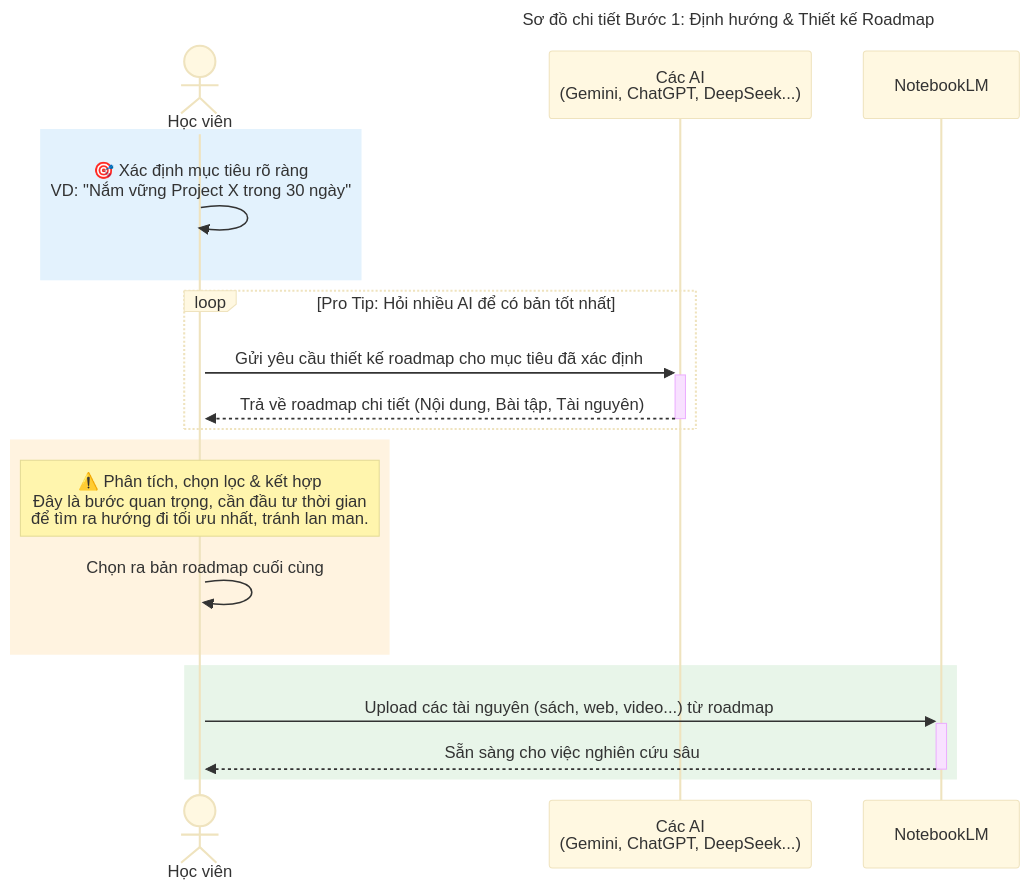
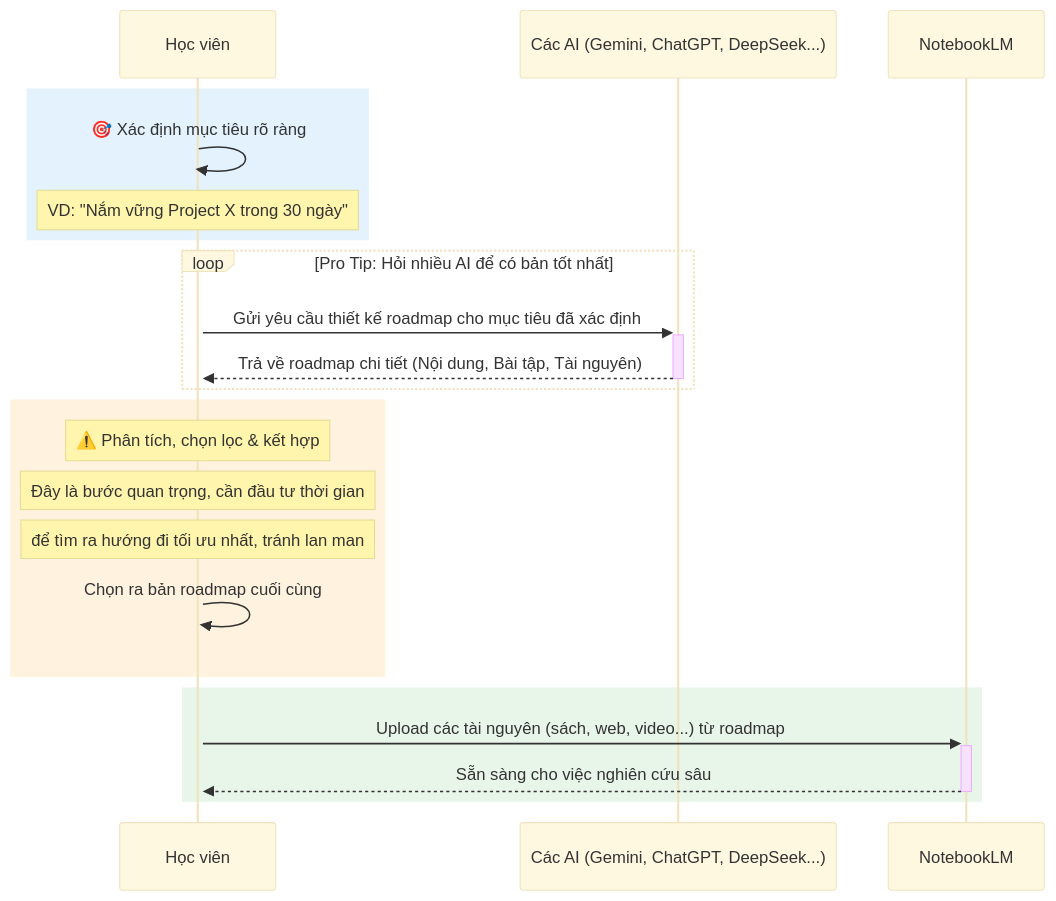
The second of 5 diagrams in README.md (khanhnk-phuctho/lifelong-learning), drawn with Mermaid before and after one commit. The commit also changed other lines of this file, not shown here.

````diff
--- a/README.md
+++ b/README.md
@@ -131,37 +113,38 @@
 ```mermaid
 %%{
   init: {
     "theme": "base",
     "themeVariables": {
       "background": "#fdfdfd",
       "primaryColor": "#fff8e1",
       "sequenceNumberColor": "#333"
     }
   }
 }%%
 sequenceDiagram
-    actor HV as Học viên
-    participant AIs as Các AI<br>(Gemini, ChatGPT, DeepSeek...)
+    participant HV as Học viên
+    participant AIs as Các AI (Gemini, ChatGPT, DeepSeek...)
     participant NLM as NotebookLM
 
-    title Sơ đồ chi tiết Bước 1: Định hướng & Thiết kế Roadmap
-
     rect rgb(227, 242, 253)
-        HV->>+HV: 🎯 Xác định mục tiêu rõ ràng<br>VD: "Nắm vững Project X trong 30 ngày"
+        HV->>+HV: 🎯 Xác định mục tiêu rõ ràng
+        Note over HV: VD: "Nắm vững Project X trong 30 ngày"
     end
 
     loop Pro Tip: Hỏi nhiều AI để có bản tốt nhất
         HV->>+AIs: Gửi yêu cầu thiết kế roadmap cho mục tiêu đã xác định
         AIs-->>-HV: Trả về roadmap chi tiết (Nội dung, Bài tập, Tài nguyên)
     end
 
     rect rgb(255, 243, 224)
-        note over HV: ⚠️ Phân tích, chọn lọc & kết hợp<br>Đây là bước quan trọng, cần đầu tư thời gian<br>để tìm ra hướng đi tối ưu nhất, tránh lan man.
+        Note over HV: ⚠️ Phân tích, chọn lọc & kết hợp
+        Note over HV: Đây là bước quan trọng, cần đầu tư thời gian
+        Note over HV: để tìm ra hướng đi tối ưu nhất, tránh lan man
         HV->>HV: Chọn ra bản roadmap cuối cùng
     end
 
     rect rgb(232, 245, 233)
         HV->>+NLM: Upload các tài nguyên (sách, web, video...) từ roadmap
         NLM-->>-HV: Sẵn sàng cho việc nghiên cứu sâu
     end
-``` 
+```
````
